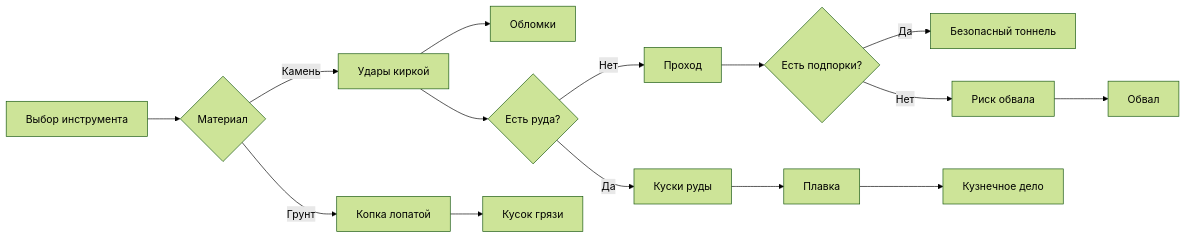
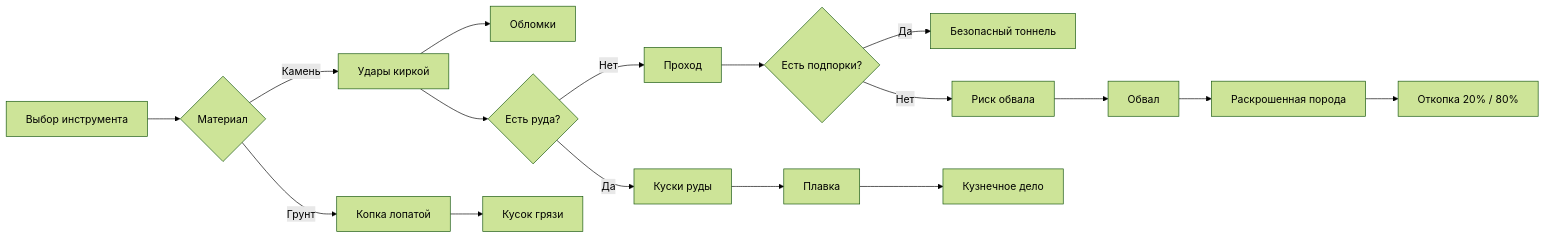
One commit to Shelkarian/Shelkarian.github.io changed the second of 2 diagrams in src/industry/mining.md. Above: the diagram before and after it, drawn with Mermaid (forest theme). The commit also changed other lines of this file, not shown here.

````diff
--- a/src/industry/mining.md
+++ b/src/industry/mining.md
@@ -607,17 +766,19 @@
 ```mermaid
 graph LR
     A[Выбор инструмента] --> B{Материал}
     B -->|Камень| C[Удары киркой]
     B -->|Грунт| D[Копка лопатой]
     C --> E[Обломки]
     C --> F{Есть руда?}
     F -->|Да| G[Куски руды]
     F -->|Нет| H[Проход]
     D --> I[Кусок грязи]
     H --> J{Есть подпорки?}
     J -->|Да| K[Безопасный тоннель]
     J -->|Нет| L[Риск обвала]
     L --> M[Обвал]
+    M --> P[Раскрошенная порода]
+    P --> Q[Откопка 20% / 80%]
     G --> N[Плавка]
     N --> O[Кузнечное дело]
 ```
````
